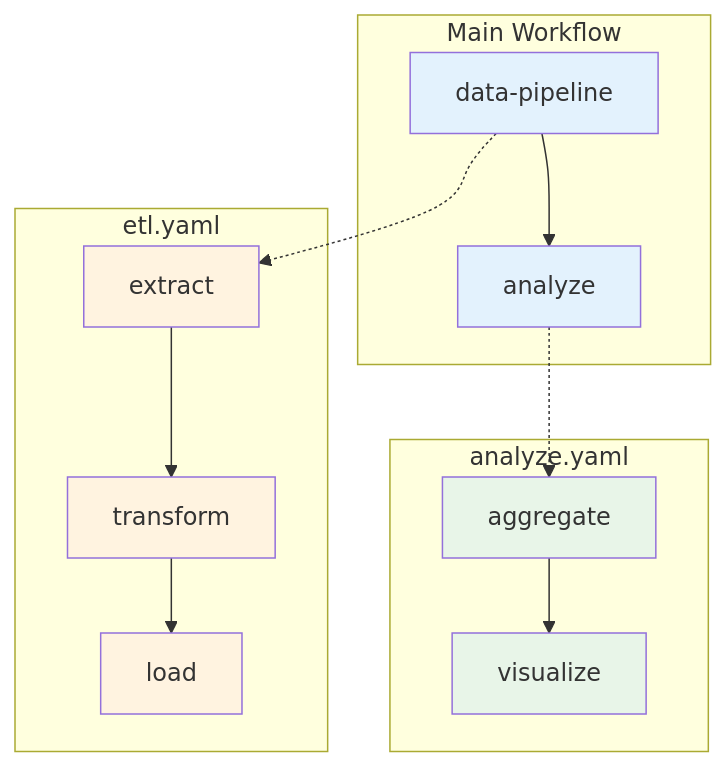
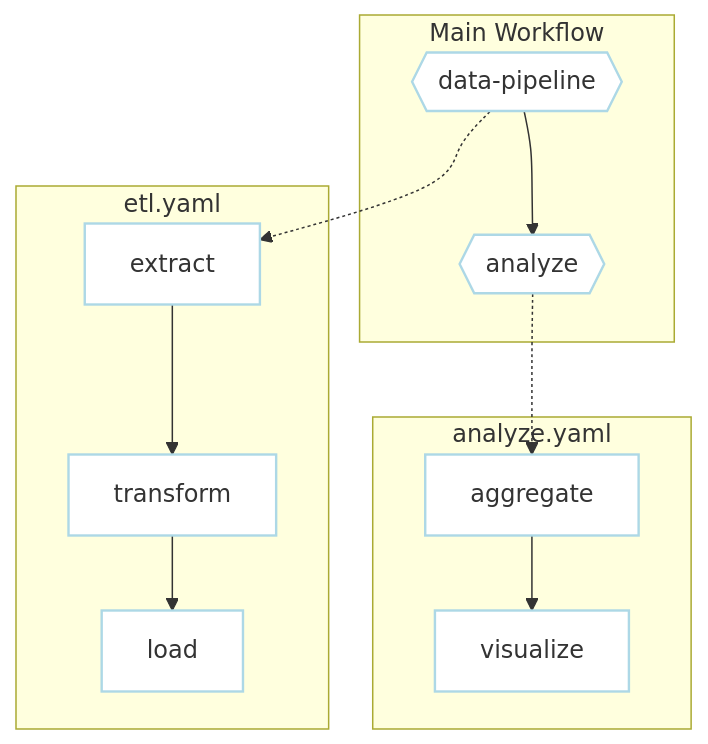
Before and after one commit to dagu-org/dagu: the eighth of 8 diagrams in docs-next/writing-workflows/examples/index.md, drawn with Mermaid. The commit also changed other lines of this file and 2 other files, not shown here.

````diff
--- a/docs-next/writing-workflows/examples/index.md
+++ b/docs-next/writing-workflows/examples/index.md
@@ -955,25 +969,25 @@
 ```mermaid
 graph TD
     subgraph Main[Main Workflow]
-        A[data-pipeline] --> B[analyze]
+        A{{data-pipeline}} --> B{{analyze}}
     end
     
     subgraph ETL[etl.yaml]
         C[extract] --> D[transform] --> E[load]
     end
     
     subgraph Analysis[analyze.yaml]
         F[aggregate] --> G[visualize]
     end
     
     A -.-> C
     B -.-> F
     
-    style A fill:#e3f2fd
-    style B fill:#e3f2fd
-    style C fill:#fff3e0
-    style D fill:#fff3e0
-    style E fill:#fff3e0
-    style F fill:#e8f5e8
-    style G fill:#e8f5e8
+    style A fill:white,stroke:lightblue,stroke-width:1.6px
+    style B fill:white,stroke:lightblue,stroke-width:1.6px
+    style C fill:white,stroke:lightblue,stroke-width:1.6px
+    style D fill:white,stroke:lightblue,stroke-width:1.6px
+    style E fill:white,stroke:lightblue,stroke-width:1.6px
+    style F fill:white,stroke:lightblue,stroke-width:1.6px
+    style G fill:white,stroke:lightblue,stroke-width:1.6px
 ```
````
